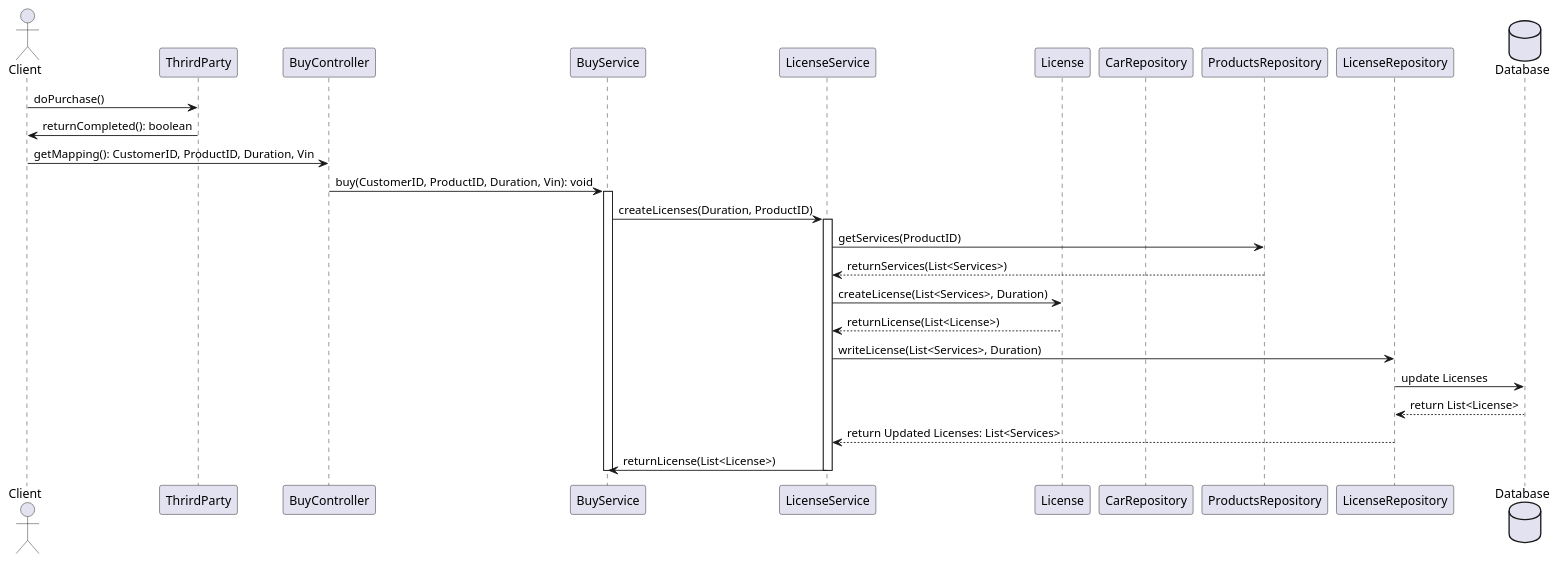
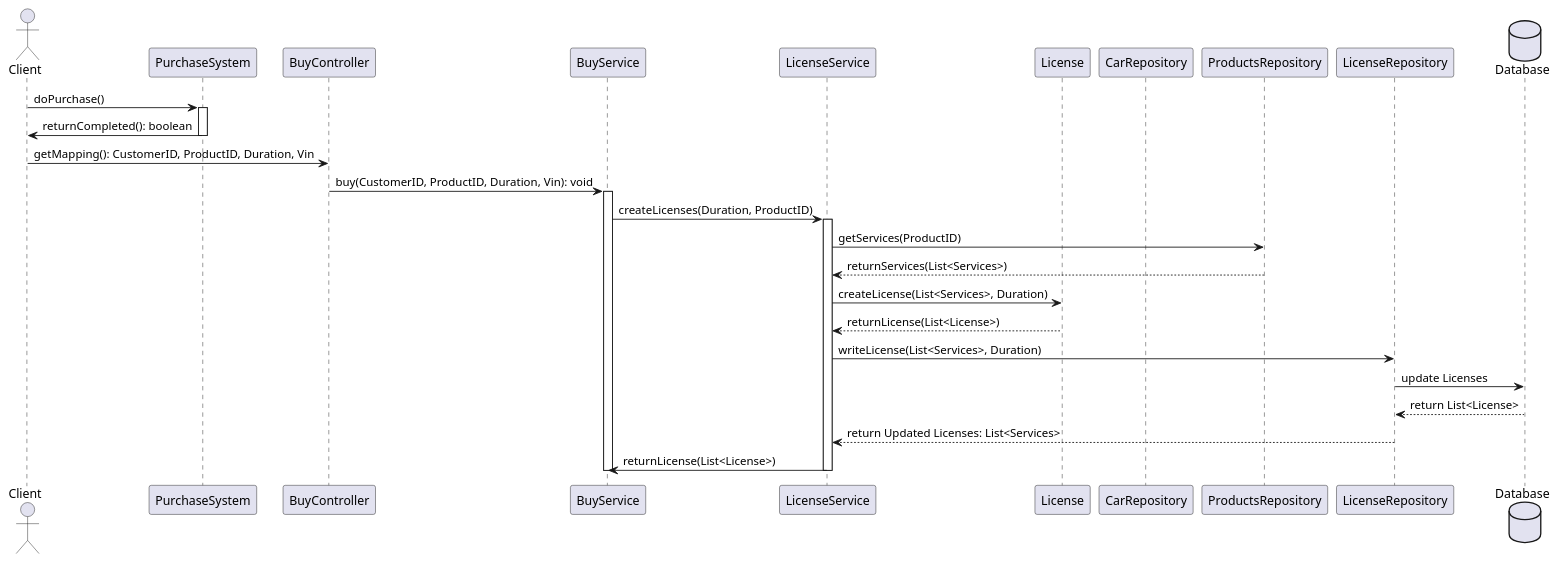
The diagram in SequenceBuy_1.puml (ljbg1996/car-backend), drawn with PlantUML before and after one commit.

Commit message:
Changes by aldinsab

```diff
--- a/SequenceBuy_1.puml
+++ b/SequenceBuy_1.puml
@@ -1,49 +1,50 @@
 @startuml
 'https://plantuml.com/sequence-diagram
 
 actor Client as c
-participant ThrirdParty as tp
+participant PurchaseSystem as ps
 participant BuyController as co
 participant BuyService as s
 'participant LicenseController as lc
 participant LicenseService as ls
 participant License as l
 participant CarRepository as ca
 participant ProductsRepository as p
 participant LicenseRepository as lr
 database Database as db
 
-c->tp : doPurchase()
-tp->c : returnCompleted(): boolean
-
+c->ps : doPurchase()
+activate ps
+ps->c : returnCompleted(): boolean
+deactivate ps
 c -> co: getMapping(): CustomerID, ProductID, Duration, Vin
 
 co-> s: buy(CustomerID, ProductID, Duration, Vin): void
 activate s
 's -> ca: setProduct(ProductId, Vin)
 'ca -> ls: setService(ServiceID)
 
 s-> ls: createLicenses(Duration, ProductID)
 activate ls
 ls->p: getServices(ProductID)
 p-->ls: returnServices(List<Services>)
 
 ls->  l: createLicense(List<Services>, Duration)
 
 l-->ls: returnLicense(List<License>)
 
 
 
 ls-> lr: writeLicense(List<Services>, Duration)
 lr->db: update Licenses
 db-->lr: return List<License>
 lr-->  ls: return Updated Licenses: List<Services>
 ls->s: returnLicense(List<License>)
 deactivate ls
 
 deactivate s
 
 
 
 
 @enduml
```
